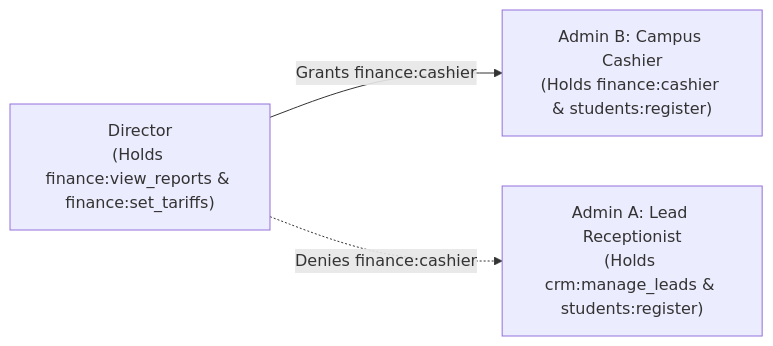
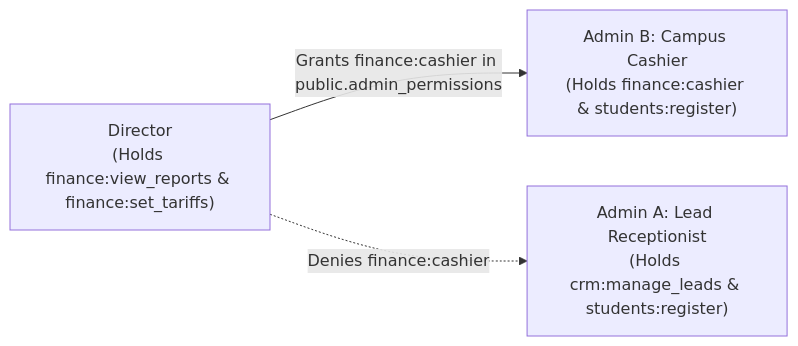
The second of 2 diagrams in docs/architecture/AUTHORIZATION_ARCHITECTURE.md (abdurahmonr/eduvex), drawn with Mermaid before and after one commit. The commit also changed other lines of this file and 5 other files, not shown here.

````diff
--- a/docs/architecture/AUTHORIZATION_ARCHITECTURE.md
+++ b/docs/architecture/AUTHORIZATION_ARCHITECTURE.md
@@ -88,9 +88,9 @@
 ```mermaid
 flowchart LR
     Director["Director\n(Holds finance:view_reports & finance:set_tariffs)"]
     AdminA["Admin A: Lead Receptionist\n(Holds crm:manage_leads & students:register)"]
     AdminB["Admin B: Campus Cashier\n(Holds finance:cashier & students:register)"]
 
-    Director -->|Grants finance:cashier| AdminB
+    Director -->|Grants finance:cashier in public.admin_permissions| AdminB
     Director -.->|Denies finance:cashier| AdminA
 ```
````
